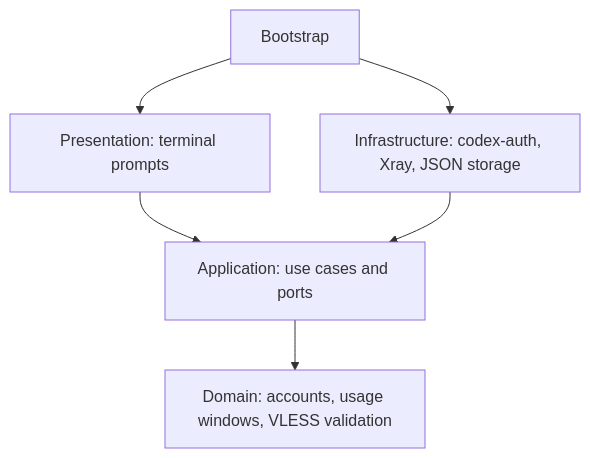
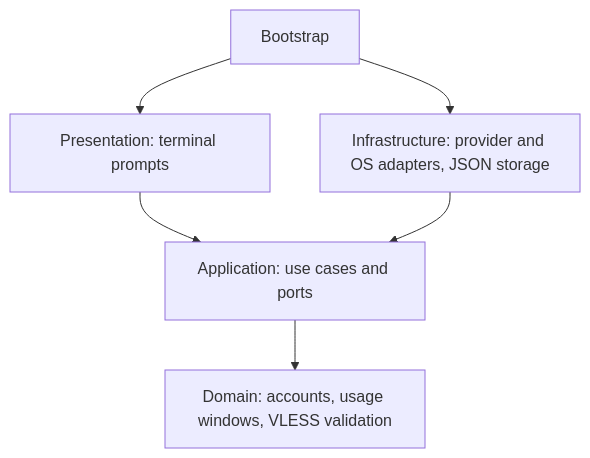
One commit to blankmeta/codex-lobby changed the diagram in docs/architecture.md. Above: the diagram before and after it, drawn with Mermaid. The commit also changed other lines of this file and 35 other files, not shown here.

````diff
--- a/docs/architecture.md
+++ b/docs/architecture.md
@@ -5,8 +5,8 @@
 ```mermaid
 flowchart TD
     CLI[Presentation: terminal prompts] --> APP[Application: use cases and ports]
     APP --> DOMAIN[Domain: accounts, usage windows, VLESS validation]
-    INFRA[Infrastructure: codex-auth, Xray, JSON storage] --> APP
+    INFRA[Infrastructure: provider and OS adapters, JSON storage] --> APP
     BOOT[Bootstrap] --> CLI
     BOOT --> INFRA
 ```
````
